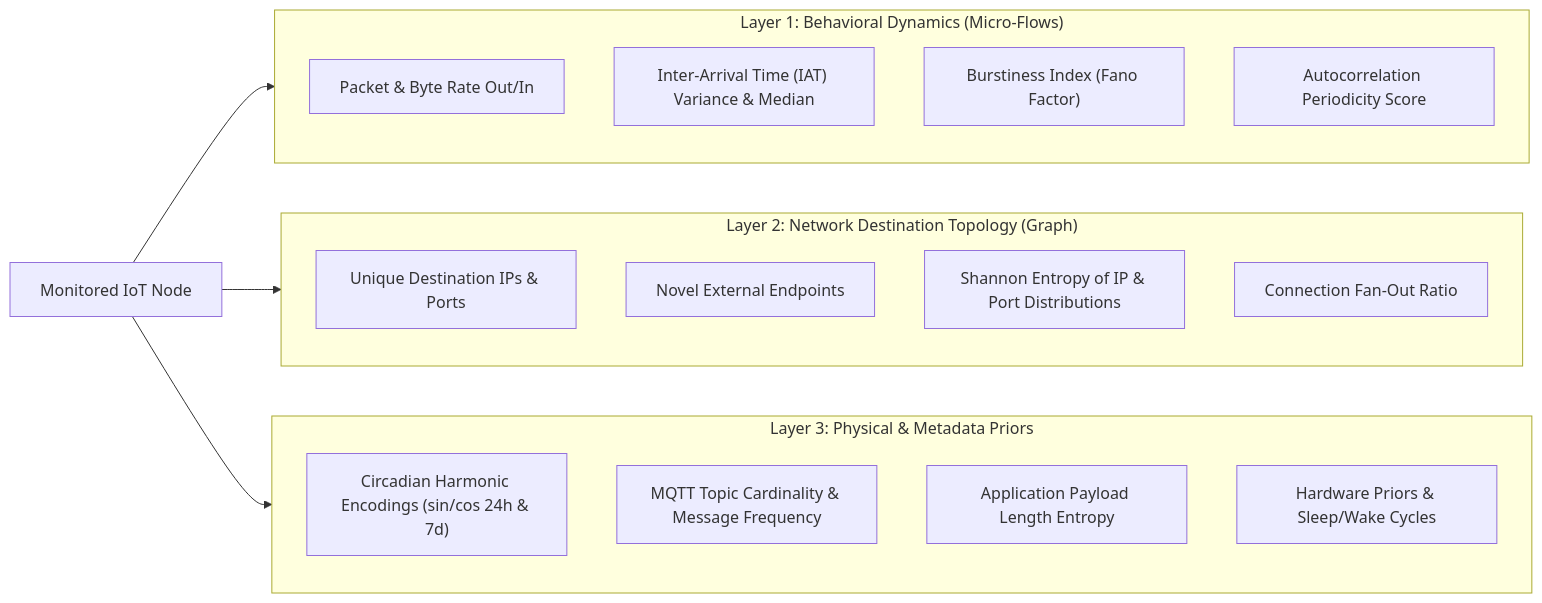
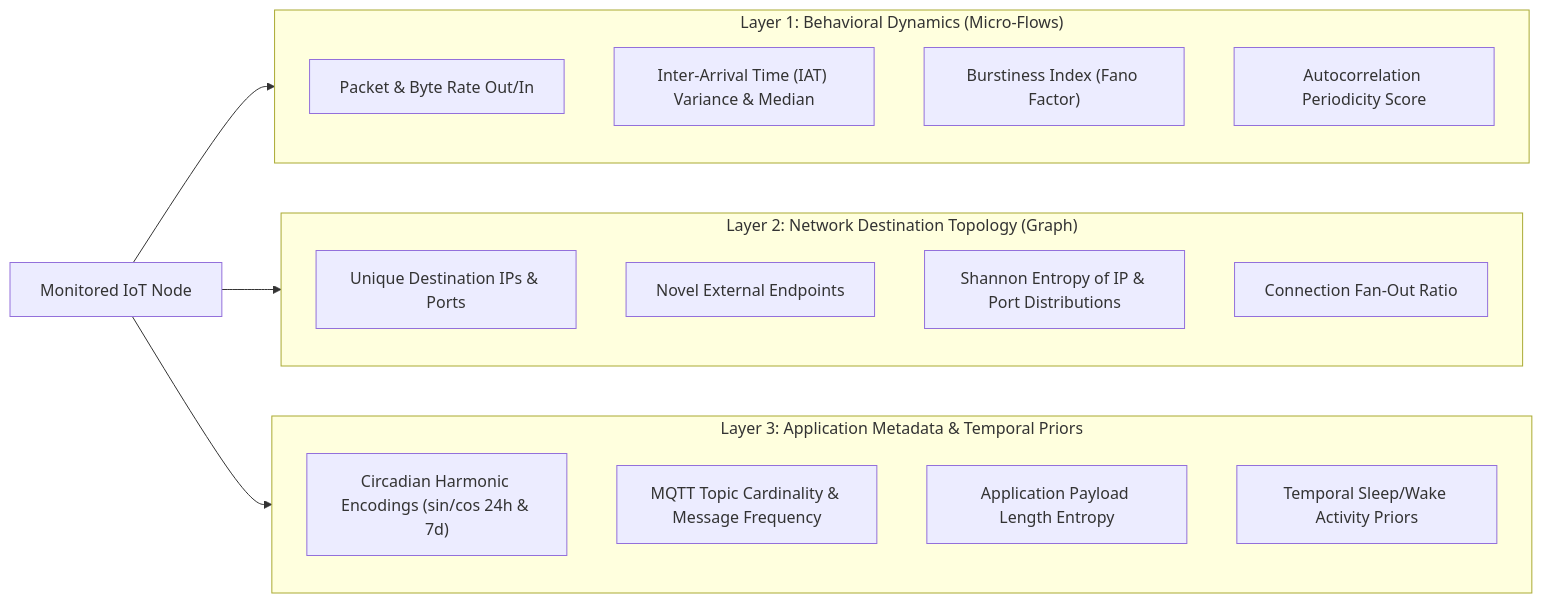
One commit to lumidren/Guardian changed the second of 6 diagrams in README.md. Above: the diagram before and after it, drawn with Mermaid. The commit also changed other lines of this file, not shown here.

````diff
--- a/README.md
+++ b/README.md
@@ -87,30 +87,30 @@
 ```mermaid
 graph LR
     subgraph L1["Layer 1: Behavioral Dynamics (Micro-Flows)"]
         direction TB
         L1A["Packet & Byte Rate Out/In"]
         L1B["Inter-Arrival Time (IAT) Variance & Median"]
         L1C["Burstiness Index (Fano Factor)"]
         L1D["Autocorrelation Periodicity Score"]
     end
 
     subgraph L2["Layer 2: Network Destination Topology (Graph)"]
         direction TB
         L2A["Unique Destination IPs & Ports"]
         L2B["Novel External Endpoints"]
         L2C["Shannon Entropy of IP & Port Distributions"]
         L2D["Connection Fan-Out Ratio"]
     end
 
-    subgraph L3["Layer 3: Physical & Metadata Priors"]
+    subgraph L3["Layer 3: Application Metadata & Temporal Priors"]
         direction TB
         L3A["Circadian Harmonic Encodings (sin/cos 24h & 7d)"]
         L3B["MQTT Topic Cardinality & Message Frequency"]
         L3C["Application Payload Length Entropy"]
-        L3D["Hardware Priors & Sleep/Wake Cycles"]
+        L3D["Temporal Sleep/Wake Activity Priors"]
     end
 
     DEV["Monitored IoT Node"] --> L1
     DEV --> L2
     DEV --> L3
 ```
````
